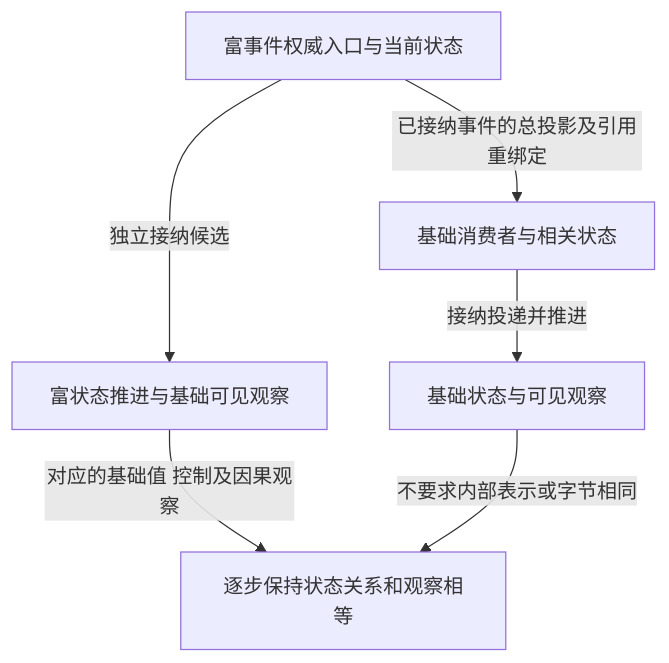
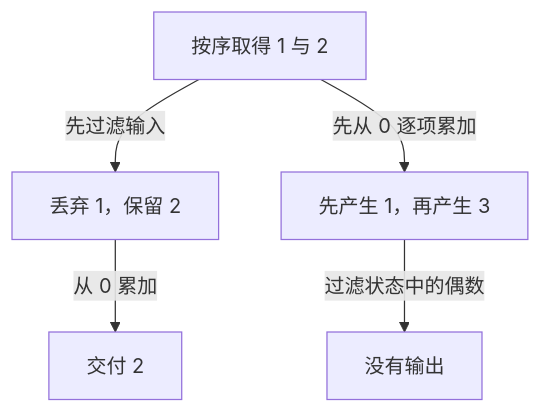
Before and after one commit to mouriya-s-lab/OpenAlice: diagram 19 of 53 in docs/uta-capability-runtime-design.md, drawn with Mermaid. The commit also changed other lines of this file and 175 other files, not shown here.

````diff
--- a/docs/uta-capability-runtime-design.md
+++ b/docs/uta-capability-runtime-design.md
@@ -1389,8 +794,7 @@
 ```mermaid
-flowchart TB
-  RichIngress[富事件权威入口与当前状态] -->|独立接纳候选| RichStep[富状态推进与基础可见观察]
-  RichIngress -->|已接纳事件的总投影及引用重绑定| BaseIngress[基础消费者与相关状态]
-  BaseIngress -->|接纳投递并推进| BaseStep[基础状态与可见观察]
-  RichStep -->|对应的基础值 控制及因果观察| Law[逐步保持状态关系和观察相等]
-  BaseStep -->|不要求内部表示或字节相同| Law
+flowchart TD
+    Input[按序取得 1 与 2] -->|先过滤输入| Keep[丢弃 1，保留 2]
+    Keep -->|从 0 累加| Two[交付 2]
+    Input -->|先从 0 逐项累加| States[先产生 1，再产生 3]
+    States -->|过滤状态中的偶数| Empty[没有输出]
 ```
````
